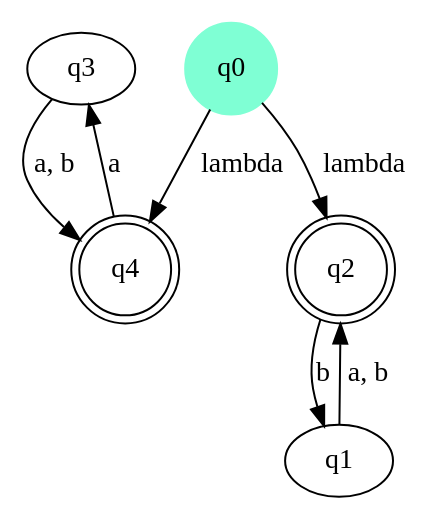
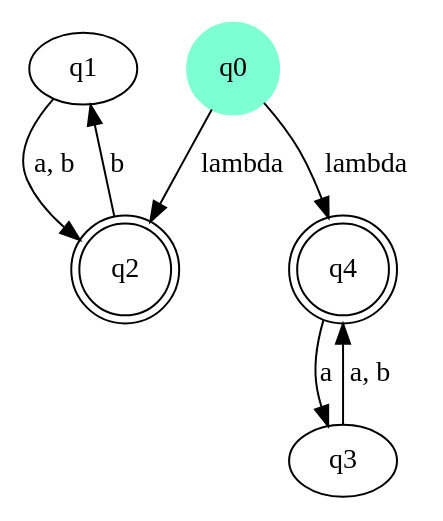
One commit to nascarsayan/nfa2dfa changed the diagram in input/25d/nfa.gv. Above: the diagram before and after it, drawn with Graphviz. The commit also changed other lines of this file and 6 other files, not shown here.

```diff
--- a/input/25d/nfa.gv
+++ b/input/25d/nfa.gv
@@ -1,17 +1,17 @@
 // FSM
 digraph {
+	q1
 	q3
-	q1
 	node [shape=doublecircle]
+	q2
 	q4
-	q2
 	node [color=aquamarine shape=circle style=filled]
 	q0
 	node [shape=circle]
+	q0 -> q2 [label=lambda]
 	q0 -> q4 [label=lambda]
-	q0 -> q2 [label=lambda]
 	q1 -> q2 [label="a, b"]
 	q2 -> q1 [label=b]
 	q3 -> q4 [label="a, b"]
 	q4 -> q3 [label=a]
 }
```
